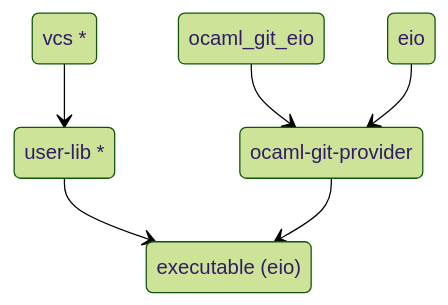
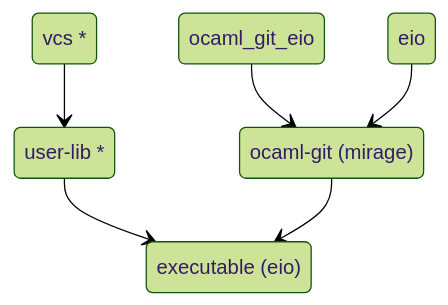
The third of 3 diagrams in doc/docs/explanation/README.md (mbarbin/vcs), drawn with Mermaid (forest theme) before and after one commit. The commit also changed other lines of this file and 85 other files, not shown here.

````diff
--- a/doc/docs/explanation/README.md
+++ b/doc/docs/explanation/README.md
@@ -63,14 +63,14 @@
 ```mermaid
 stateDiagram-v2
   vcs : vcs *
   user : user-lib *
   executable : executable (eio)
   ocaml_git : ocaml_git_eio
-  provider : ocaml-git-provider
+  backend : ocaml-git (mirage)
   runtime : eio
   vcs --> user
   user --> executable
-  ocaml_git --> provider
-  runtime --> provider
-  provider --> executable
+  ocaml_git --> backend
+  runtime --> backend
+  backend --> executable
 ```
````
